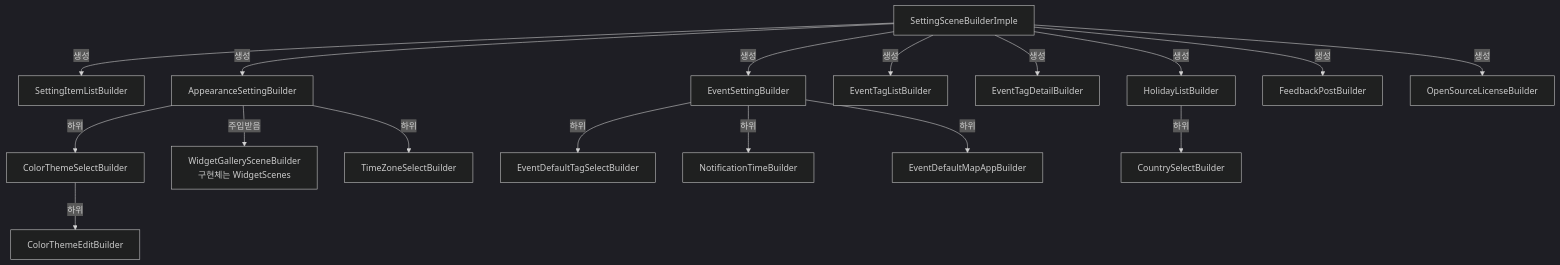
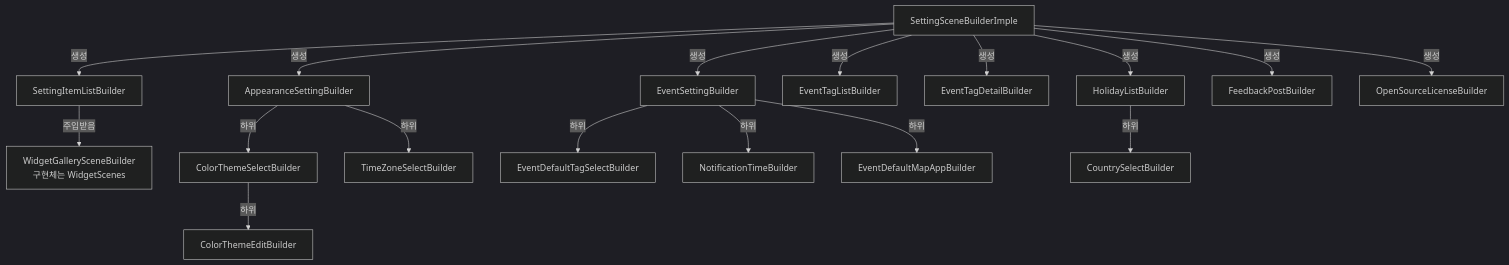
The fifth of 5 diagrams in Presentations/SettingScene/CLAUDE.md (sudopark/TodoCalendar), drawn with Mermaid (dark theme) before and after one commit. The commit also changed other lines of this file and 7 other files, not shown here.

````diff
--- a/Presentations/SettingScene/CLAUDE.md
+++ b/Presentations/SettingScene/CLAUDE.md
@@ -154,22 +155,22 @@
 ```mermaid
 graph TD
     SSB[SettingSceneBuilderImple] -->|생성| SIL[SettingItemListBuilder]
+    SIL -->|주입받음| WGB[WidgetGallerySceneBuilder<br/>구현체는 WidgetScenes]
     SSB -->|생성| ASB[AppearanceSettingBuilder]
     SSB -->|생성| ESB[EventSettingBuilder]
     SSB -->|생성| ETLB[EventTagListBuilder]
     SSB -->|생성| ETDB[EventTagDetailBuilder]
     SSB -->|생성| HLB[HolidayListBuilder]
     SSB -->|생성| FPB[FeedbackPostBuilder]
     SSB -->|생성| OSLB[OpenSourceLicenseBuilder]
 
     ASB -->|하위| CTB[ColorThemeSelectBuilder]
     CTB -->|하위| CTEB[ColorThemeEditBuilder]
-    ASB -->|주입받음| WGB[WidgetGallerySceneBuilder<br/>구현체는 WidgetScenes]
     ASB -->|하위| TZB[TimeZoneSelectBuilder]
 
     ESB -->|하위| ETSB[EventDefaultTagSelectBuilder]
     ESB -->|하위| ENTB[NotificationTimeBuilder]
     ESB -->|하위| EMAB[EventDefaultMapAppBuilder]
 
     HLB -->|하위| CSB[CountrySelectBuilder]
 ```
````
